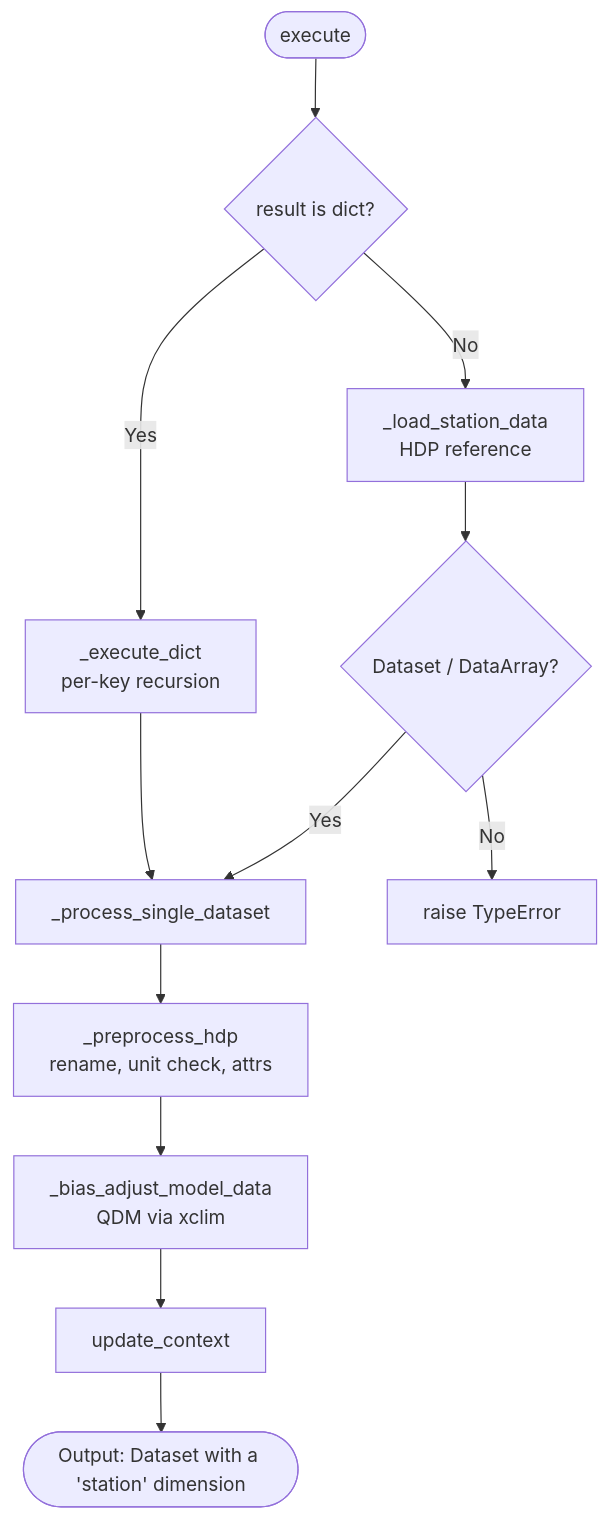
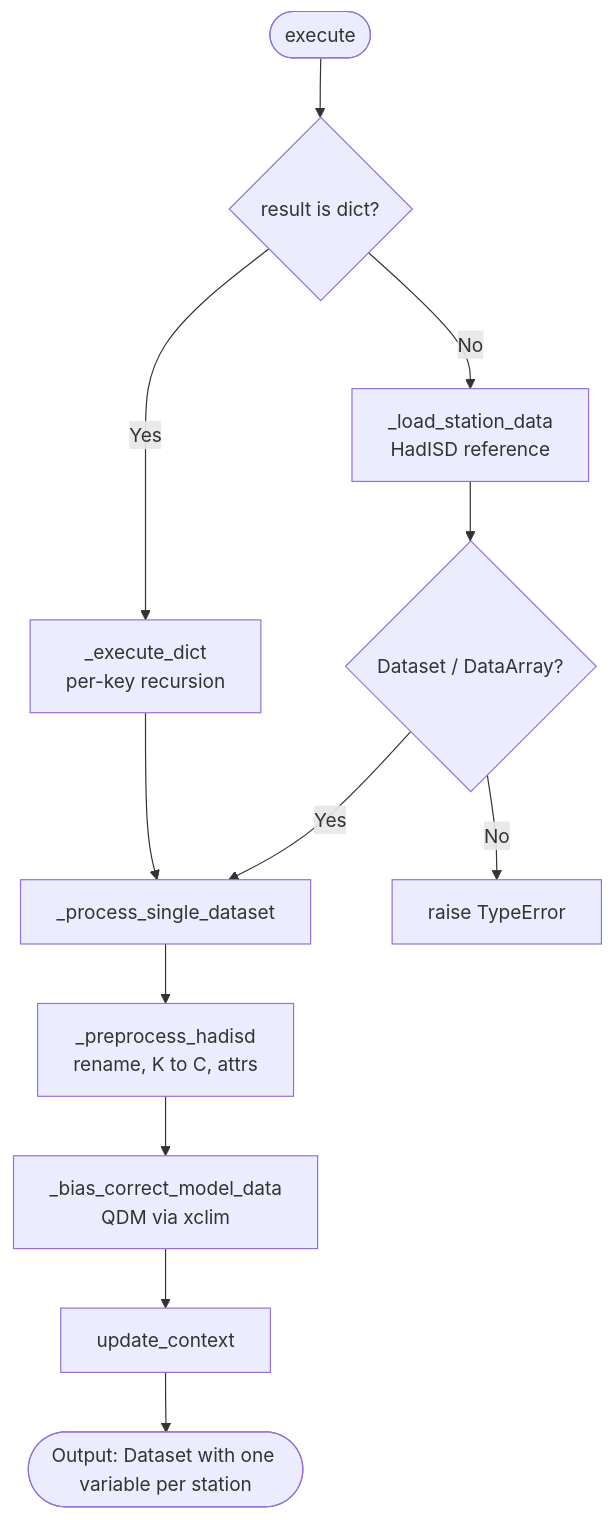
The diagram in docs-mkdocs/climate-data-interface/processors/bias_adjust_model_to_station.md (cal-adapt/climakitae), drawn with Mermaid before and after one commit. The commit also changed other lines of this file and 22 other files, not shown here.

````diff
--- a/docs-mkdocs/climate-data-interface/processors/bias_adjust_model_to_station.md
+++ b/docs-mkdocs/climate-data-interface/processors/bias_adjust_model_to_station.md
@@ -9,23 +9,23 @@
 ```mermaid
 flowchart TD
     Start([execute]) --> DictCheck{result is dict?}
     DictCheck -->|Yes| ExecDict[_execute_dict<br/>per-key recursion]
-    DictCheck -->|No| LoadObs[_load_station_data<br/>HDP reference]
+    DictCheck -->|No| LoadObs[_load_station_data<br/>HadISD reference]
     LoadObs --> TypeCheck{Dataset / DataArray?}
     TypeCheck -->|Yes| ProcSingle[_process_single_dataset]
     TypeCheck -->|No| TypeErr[raise TypeError]
 
     ExecDict --> ProcSingle
-    ProcSingle --> Preproc[_preprocess_hdp<br/>rename, unit check, attrs]
-    Preproc --> BiasAdjust[_bias_adjust_model_data<br/>QDM via xclim]
-    BiasAdjust --> UpdateCtx[update_context]
-    UpdateCtx --> End([Output: Dataset with a 'station' dimension])
+    ProcSingle --> Preproc[_preprocess_hadisd<br/>rename, K to C, attrs]
+    Preproc --> BiasCorrect[_bias_correct_model_data<br/>QDM via xclim]
+    BiasCorrect --> UpdateCtx[update_context]
+    UpdateCtx --> End([Output: Dataset with one variable per station])
 
-    click Start "https://github.com/cal-adapt/climakitae/blob/main/climakitae/new_core/processors/bias_adjust_model_to_station.py" "execute"
-    click ExecDict "https://github.com/cal-adapt/climakitae/blob/main/climakitae/new_core/processors/bias_adjust_model_to_station.py" "_execute_dict"
-    click LoadObs "https://github.com/cal-adapt/climakitae/blob/main/climakitae/new_core/processors/bias_adjust_model_to_station.py" "_load_station_data"
-    click ProcSingle "https://github.com/cal-adapt/climakitae/blob/main/climakitae/new_core/processors/bias_adjust_model_to_station.py" "_process_single_dataset"
-    click Preproc "https://github.com/cal-adapt/climakitae/blob/main/climakitae/new_core/processors/bias_adjust_model_to_station.py" "_preprocess_hdp"
-    click BiasAdjust "https://github.com/cal-adapt/climakitae/blob/main/climakitae/new_core/processors/bias_adjust_model_to_station.py" "_bias_adjust_model_data"
-    click UpdateCtx "https://github.com/cal-adapt/climakitae/blob/main/climakitae/new_core/processors/bias_adjust_model_to_station.py" "update_context"
+    click Start "https://github.com/cal-adapt/climakitae/blob/main/climakitae/new_core/processors/bias_adjust_model_to_station.py#L790" "execute"
+    click ExecDict "https://github.com/cal-adapt/climakitae/blob/main/climakitae/new_core/processors/bias_adjust_model_to_station.py#L723" "_execute_dict"
+    click LoadObs "https://github.com/cal-adapt/climakitae/blob/main/climakitae/new_core/processors/bias_adjust_model_to_station.py#L243" "_load_station_data"
+    click ProcSingle "https://github.com/cal-adapt/climakitae/blob/main/climakitae/new_core/processors/bias_adjust_model_to_station.py#L510" "_process_single_dataset"
+    click Preproc "https://github.com/cal-adapt/climakitae/blob/main/climakitae/new_core/processors/bias_adjust_model_to_station.py#L185" "_preprocess_hadisd"
+    click BiasCorrect "https://github.com/cal-adapt/climakitae/blob/main/climakitae/new_core/processors/bias_adjust_model_to_station.py#L309" "_bias_correct_model_data"
+    click UpdateCtx "https://github.com/cal-adapt/climakitae/blob/main/climakitae/new_core/processors/bias_adjust_model_to_station.py#L864" "update_context"
 ```
````
